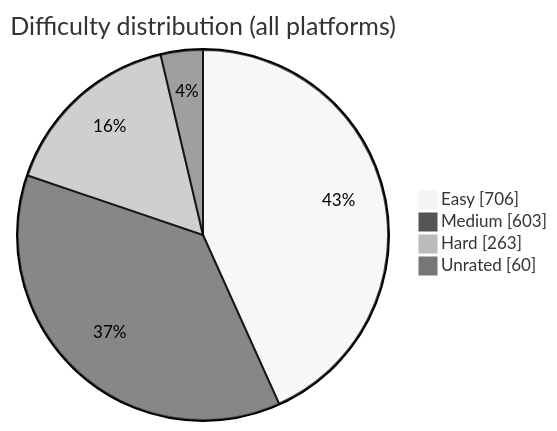
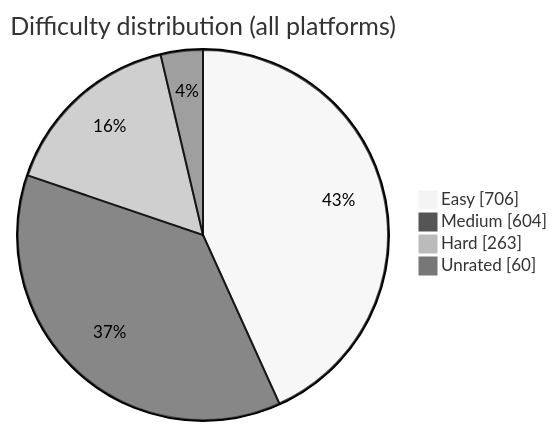
The diagram in README.md (BuildbyArindam/Daily-Coding-Log), drawn with Mermaid (neutral theme) before and after one commit. The commit also changed other lines of this file, not shown here.

````diff
--- a/README.md
+++ b/README.md
@@ -93,7 +93,7 @@
 ```mermaid
 pie showData title Difficulty distribution (all platforms)
     "Easy" : 706
-    "Medium" : 603
+    "Medium" : 604
     "Hard" : 263
     "Unrated" : 60
 ```
````
